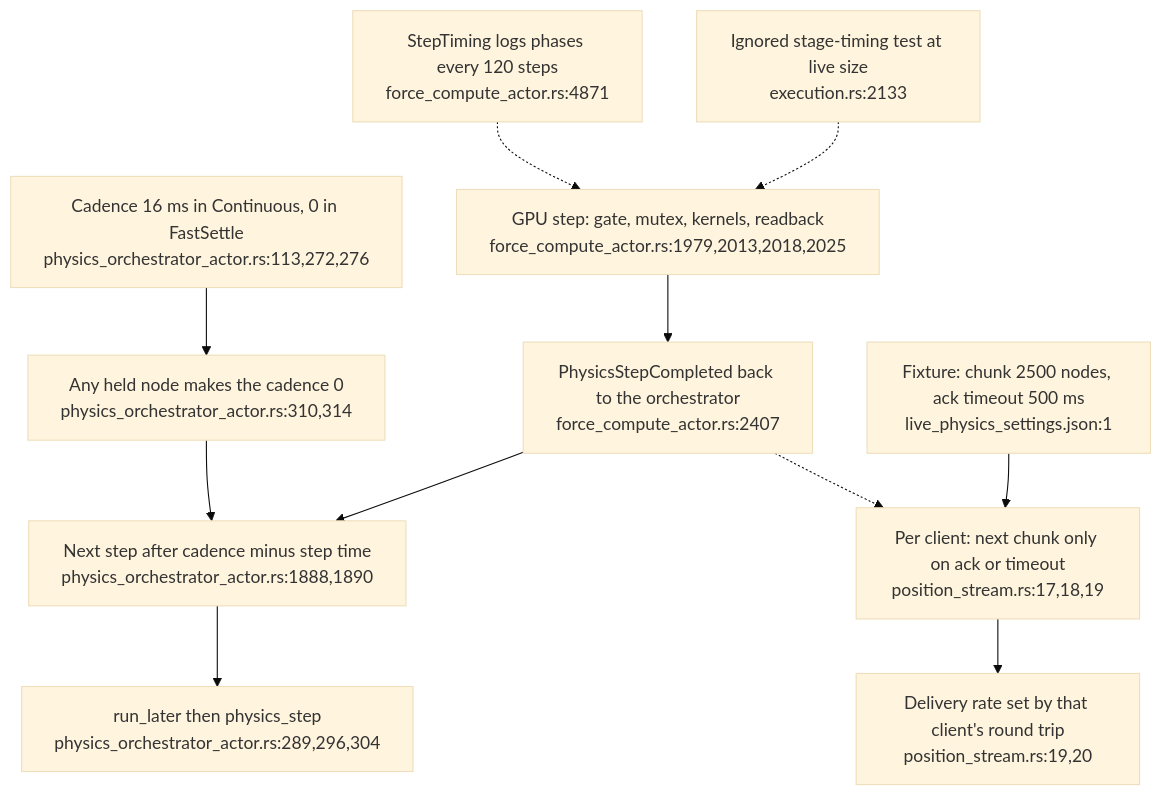
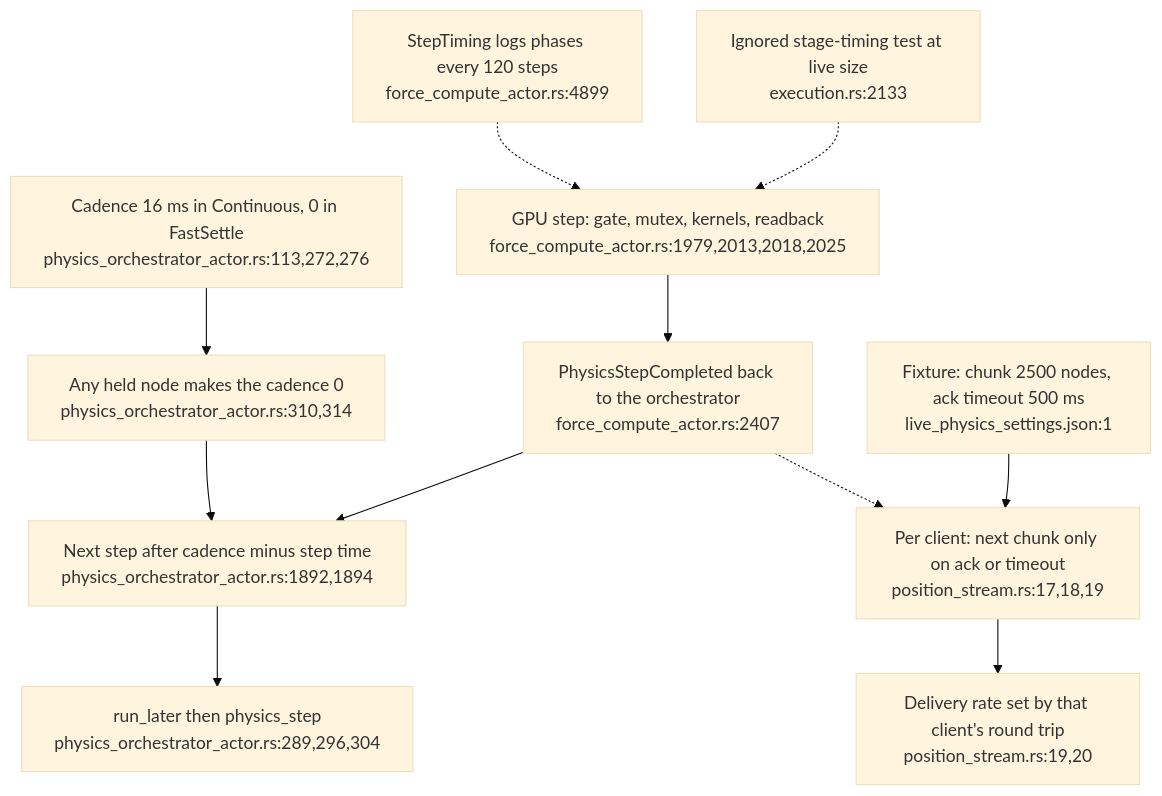
The second of 5 diagrams in docs/diagrams/visionclaw/54-layout-mode-step-cadence-and-settle.md (DreamLab-AI/VisionFlow), drawn with Mermaid (base theme) before and after one commit. The commit also changed other lines of this file and 56 other files, not shown here.

First line of the commit message:
docs(diagrams): re-verify VisionClaw topics at ec785afa9, add VC-19/56/57 and the VisionClaw register

````diff
--- a/docs/diagrams/visionclaw/54-layout-mode-step-cadence-and-settle.md
+++ b/docs/diagrams/visionclaw/54-layout-mode-step-cadence-and-settle.md
@@ -51,13 +60,13 @@
 ```mermaid
 flowchart TD
     MODE["Cadence 16 ms in Continuous, 0 in FastSettle<br/>physics_orchestrator_actor.rs:113,272,276"] --> EFF["Any held node makes the cadence 0<br/>physics_orchestrator_actor.rs:310,314"]
     STEP["GPU step: gate, mutex, kernels, readback<br/>force_compute_actor.rs:1979,2013,2018,2025"] --> DONE["PhysicsStepCompleted back to the orchestrator<br/>force_compute_actor.rs:2407"]
-    DONE --> NEXT["Next step after cadence minus step time<br/>physics_orchestrator_actor.rs:1888,1890"]
+    DONE --> NEXT["Next step after cadence minus step time<br/>physics_orchestrator_actor.rs:1892,1894"]
     EFF --> NEXT
     NEXT --> RUN["run_later then physics_step<br/>physics_orchestrator_actor.rs:289,296,304"]
-    TIMING["StepTiming logs phases every 120 steps<br/>force_compute_actor.rs:4871"] -.-> STEP
+    TIMING["StepTiming logs phases every 120 steps<br/>force_compute_actor.rs:4899"] -.-> STEP
     BENCH["Ignored stage-timing test at live size<br/>execution.rs:2133"] -.-> STEP
     STREAM["Per client: next chunk only on ack or timeout<br/>position_stream.rs:17,18,19"] --> RATE["Delivery rate set by that client's round trip<br/>position_stream.rs:19,20"]
     CFG["Fixture: chunk 2500 nodes, ack timeout 500 ms<br/>live_physics_settings.json:1"] --> STREAM
     DONE -.-> STREAM
 ```
````
